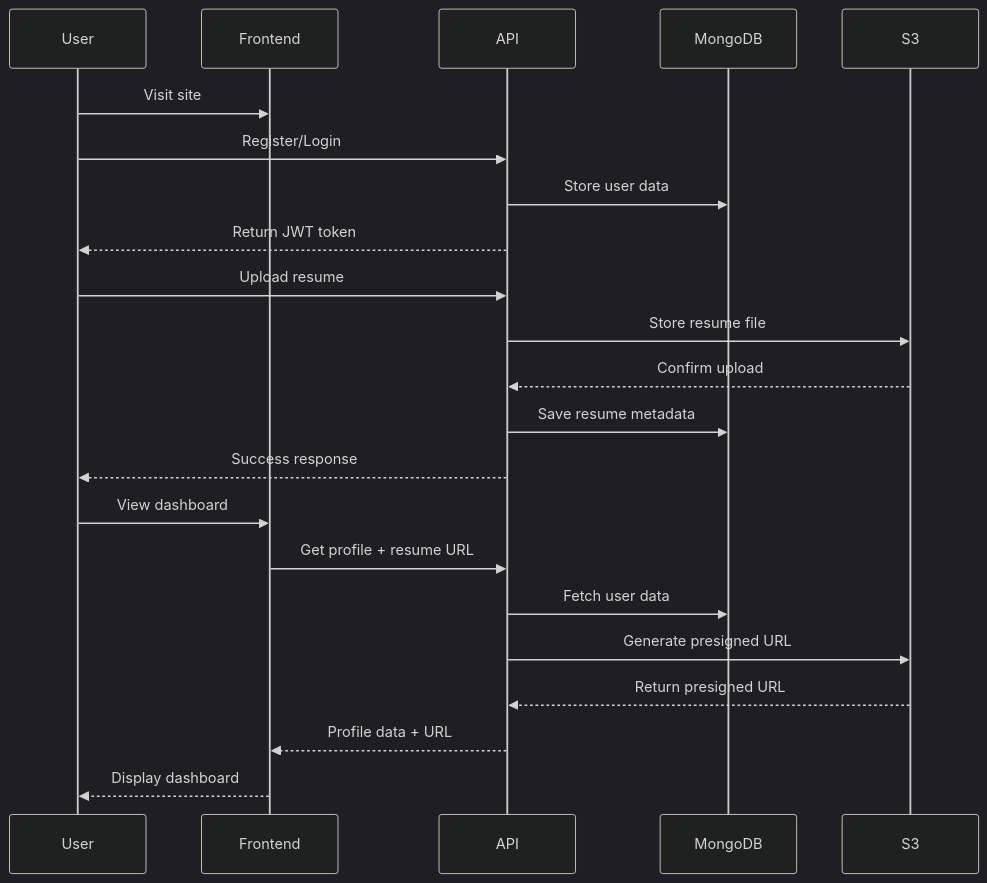
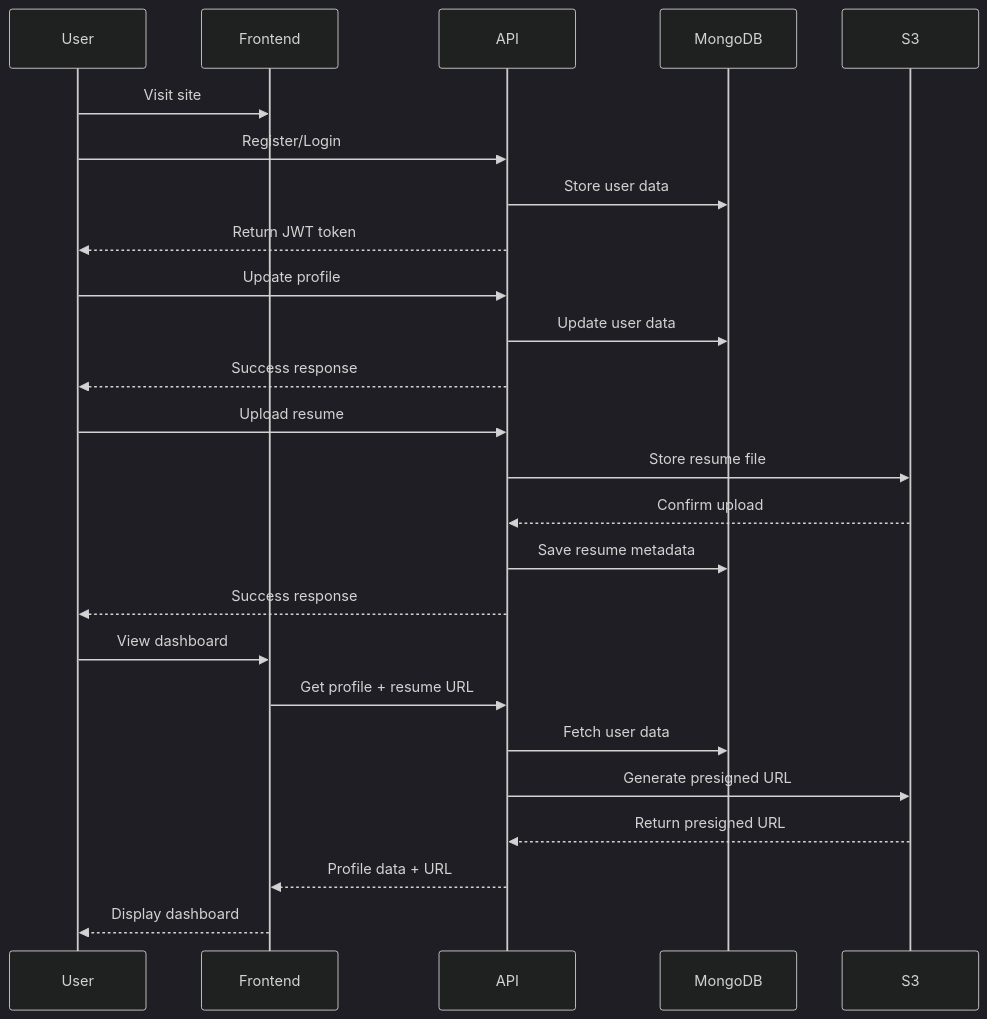
Before and after one commit to Team-Kaizen-MMDC/mmdc-wst: the diagram in README.md, drawn with Mermaid (dark theme).

Commit message:
feat(docs): update sequence diagram in README to include user profile update flow

````diff
--- a/README.md
+++ b/README.md
@@ -49,27 +49,31 @@
 ```mermaid
 sequenceDiagram
     participant User
     participant Frontend
     participant API
     participant MongoDB
     participant S3
 
     User->>Frontend: Visit site
     User->>API: Register/Login
     API->>MongoDB: Store user data
     API-->>User: Return JWT token
+
+    User->>API: Update profile
+    API->>MongoDB: Update user data
+    API-->>User: Success response
 
     User->>API: Upload resume
     API->>S3: Store resume file
     S3-->>API: Confirm upload
     API->>MongoDB: Save resume metadata
     API-->>User: Success response
 
     User->>Frontend: View dashboard
     Frontend->>API: Get profile + resume URL
     API->>MongoDB: Fetch user data
     API->>S3: Generate presigned URL
     S3-->>API: Return presigned URL
     API-->>Frontend: Profile data + URL
     Frontend-->>User: Display dashboard
 ```
````
